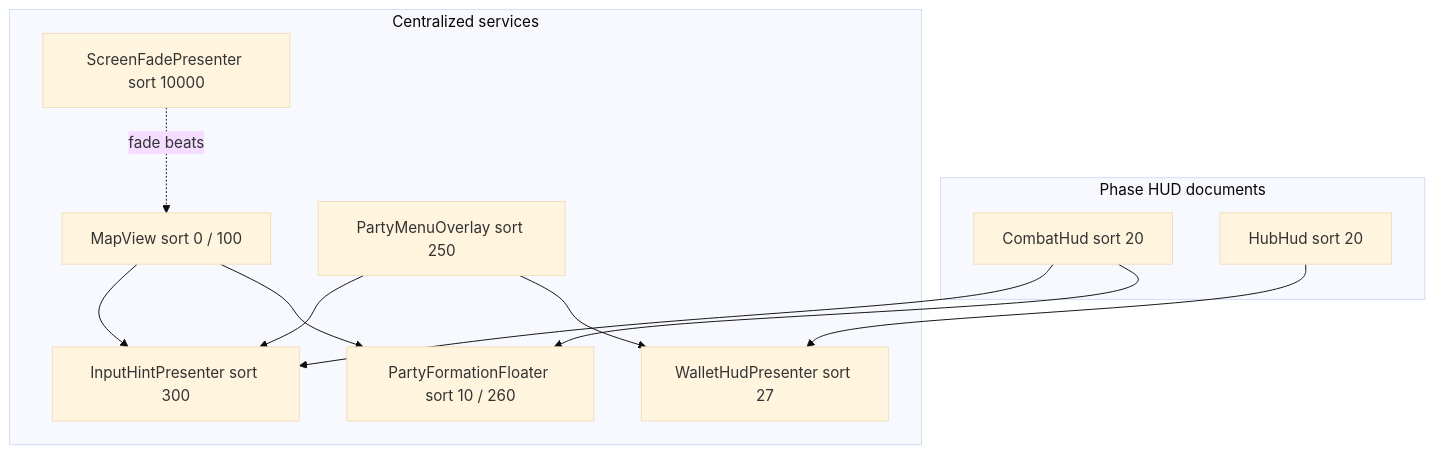
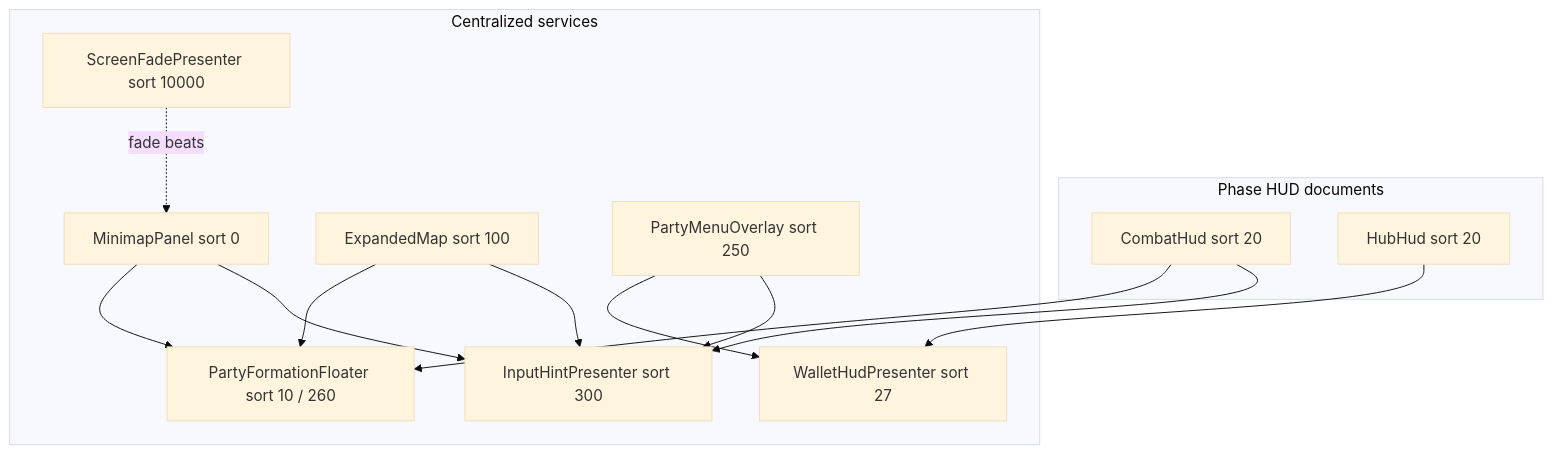
Before and after one commit to miramocha/griddungeon-design-docs: the first of 2 diagrams in docs/04-dev/centralized-ui-services.md, drawn with Mermaid (base theme). The commit also changed other lines of this file and 21 other files, not shown here.

````diff
--- a/docs/04-dev/centralized-ui-services.md
+++ b/docs/04-dev/centralized-ui-services.md
@@ -21,25 +21,28 @@
 ```mermaid
 flowchart TB
   subgraph phase [Phase HUD documents]
     CH[CombatHud sort 20]
     HH[HubHud sort 20]
   end
 
   subgraph shared [Centralized services]
-    MV[MapView sort 0 / 100]
+    MM[MinimapPanel sort 0]
+    EXP[ExpandedMap sort 100]
     PF[PartyFormationFloater sort 10 / 260]
     WH[WalletHudPresenter sort 27]
     PM[PartyMenuOverlay sort 250]
     IH[InputHintPresenter sort 300]
     SF[ScreenFadePresenter sort 10000]
   end
 
-  MV --> PF
+  MM --> PF
+  EXP --> PF
   CH --> PF
   HH --> WH
   PM --> WH
   PM --> IH
   CH --> IH
-  MV --> IH
-  SF -.->|fade beats| MV
+  MM --> IH
+  EXP --> IH
+  SF -.->|fade beats| MM
 ```
````
